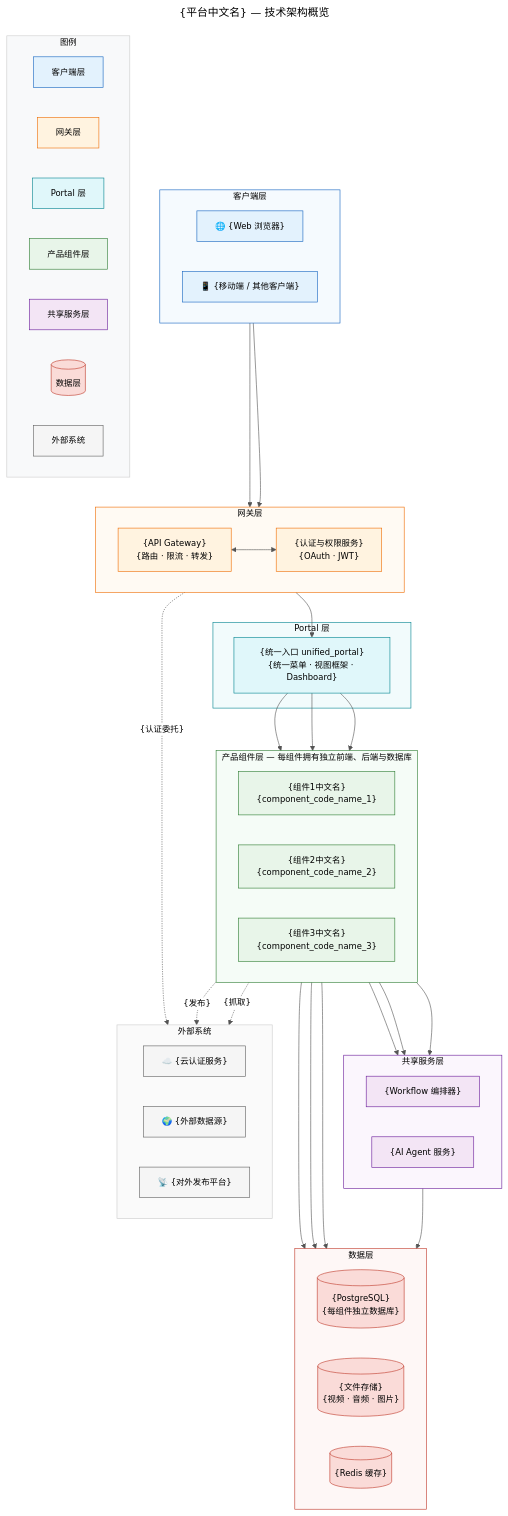
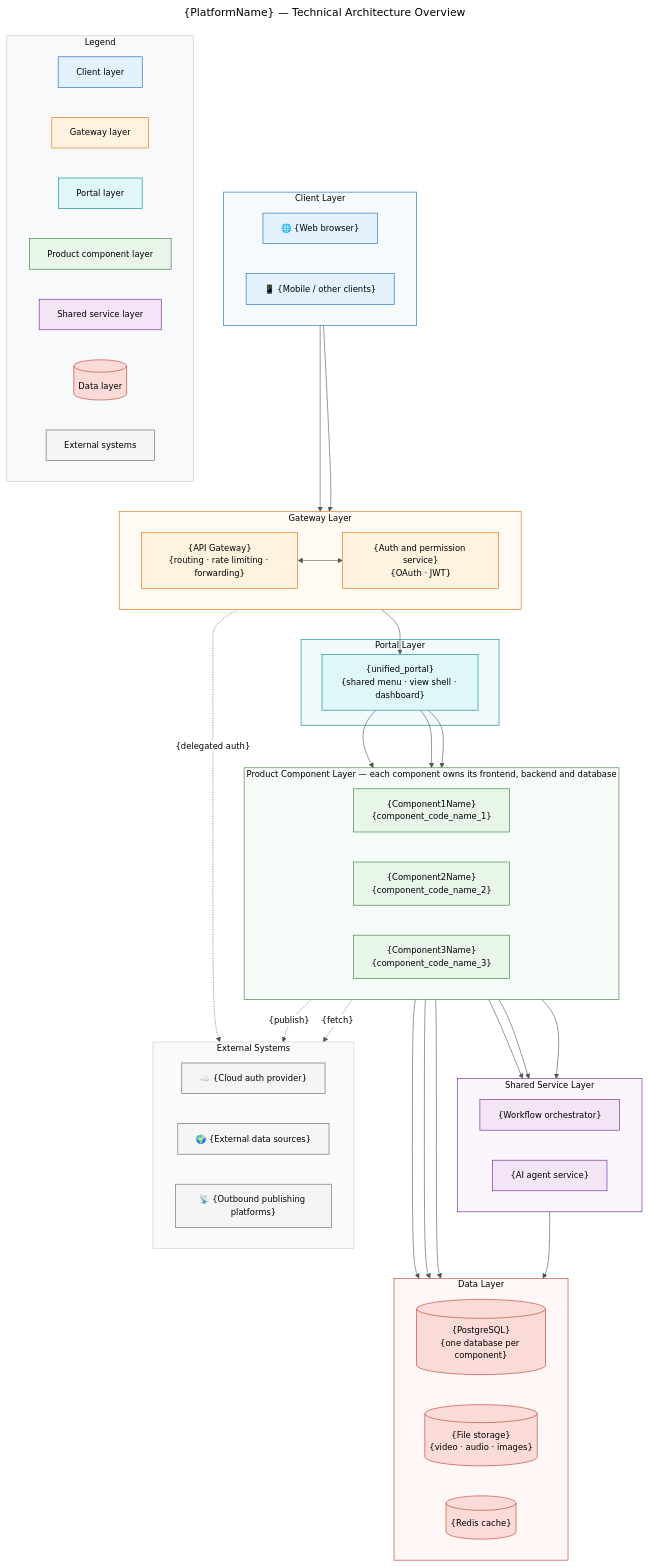
Before and after one commit to AliveverCom/ProjectTemplate_DesignDriven: the diagram in mermaid/_technical_architecture.mmd, drawn with Mermaid. The commit also changed 7 other files, not shown here.

First line of the commit message:
i18n: translate README and the mermaid template set to English

```diff
--- a/mermaid/_technical_architecture.mmd
+++ b/mermaid/_technical_architecture.mmd
@@ -1,135 +1,137 @@
 ---
-title: "{平台中文名} — 技术架构概览"
+title: "{PlatformName} — Technical Architecture Overview"
 ---
-%% ===== 模板说明（使用时整块删除）=====
-%% 图表用途：技术架构图。按「架构分层」分组着色，展示各层组成与调用方向。
-%% 存放目录：docs/（平台级图表，不带组件前缀）
-%% 文件命名：technical_architecture.mmd；PNG 与 .mmd 同名同目录。
-%% 渲染命令：mmdc -i technical_architecture.mmd -o technical_architecture.png -b white -s 3
-%% 引用位置：technical_overview.md §1.1 架构概览图
-%% 样式规范：见 templates/mermaid/mmd_style_guide.md
-%%           ① 白色画布 ② 方框按所属层归类着浅色 ③ 全部文字为黑色
-%% 注意事项：YAML front-matter（--- title ---）必须位于文件最开头，其前不得有任何内容。
-%% 使用提示：所有 {花括号} 占位符必须替换；组件层节点按实际组件数量增删，
-%%           但每个节点必须保留 :::xxxCls 归类。
-%% ======================================
+%% ===== TEMPLATE NOTES (delete this whole block when using) =====
+%% Purpose:    Technical architecture diagram. Nodes are grouped and coloured by ARCHITECTURE LAYER,
+%%             showing what each layer contains and the direction of calls between layers.
+%% Location:   docs/ (platform-level diagram, no component prefix)
+%% File name:  technical_architecture.mmd; the PNG shares its name and directory.
+%% Render:     mmdc -i technical_architecture.mmd -o technical_architecture.png -b white -s 3
+%% Referenced: technical_overview.md §1.1 Architecture Overview
+%% Style spec: see templates/mermaid/mmd_style_guide.md
+%%             (1) white canvas  (2) boxes coloured by layer with light fills  (3) all text black
+%% Caution:    The YAML front matter (--- title ---) MUST be the very first thing in the file;
+%%             nothing may precede it.
+%% Usage:      Replace every {curly brace} placeholder. Add or remove component-layer nodes to match
+%%             the real component count, but every node must keep its :::xxxCls classification.
+%% ===============================================================
 %%{init: {
   "theme": "base",
   "themeVariables": {
     "background": "#FFFFFF",
     "primaryColor": "#E3F2FD",
     "primaryTextColor": "#000000",
     "primaryBorderColor": "#1565C0",
     "secondaryColor": "#E8F5E9",
     "tertiaryColor": "#FFF9C4",
     "lineColor": "#555555",
     "textColor": "#000000",
     "titleColor": "#000000",
     "clusterBkg": "#FAFAFA",
     "clusterBorder": "#CCCCCC",
     "edgeLabelBackground": "#FFFFFF",
     "fontFamily": "Arial, sans-serif",
     "fontSize": "14px"
   }
 }}%%
 graph TB
 
-    %% ========== 分类样式定义（每层一个浅色系背景，文字一律黑色）==========
+    %% ========== Category styles (one light fill per layer; text is always black) ==========
     classDef clientCls    fill:#E3F2FD,stroke:#1565C0,color:#000000
     classDef gatewayCls   fill:#FFF3E0,stroke:#EF6C00,color:#000000
     classDef portalCls    fill:#E0F7FA,stroke:#00838F,color:#000000
     classDef componentCls fill:#E8F5E9,stroke:#2E7D32,color:#000000
     classDef serviceCls   fill:#F3E5F5,stroke:#6A1B9A,color:#000000
     classDef dataCls      fill:#FADBD8,stroke:#C0392B,color:#000000
     classDef externalCls  fill:#F5F5F5,stroke:#616161,color:#000000
 
-    %% ========== 客户端层 ==========
-    subgraph client_layer["客户端层"]
+    %% ========== Client layer ==========
+    subgraph client_layer["Client Layer"]
         direction LR
-        CL1["🌐 {Web 浏览器}"]:::clientCls
-        CL2["📱 {移动端 / 其他客户端}"]:::clientCls
+        CL1["🌐 {Web browser}"]:::clientCls
+        CL2["📱 {Mobile / other clients}"]:::clientCls
     end
 
-    %% ========== 网关层 ==========
-    subgraph gateway_layer["网关层"]
+    %% ========== Gateway layer ==========
+    subgraph gateway_layer["Gateway Layer"]
         direction LR
-        GW1["{API Gateway}<br/>{路由 · 限流 · 转发}"]:::gatewayCls
-        GW2["{认证与权限服务}<br/>{OAuth · JWT}"]:::gatewayCls
+        GW1["{API Gateway}<br/>{routing · rate limiting · forwarding}"]:::gatewayCls
+        GW2["{Auth and permission service}<br/>{OAuth · JWT}"]:::gatewayCls
         GW1 <--> GW2
     end
 
-    %% ========== Portal 层 ==========
-    subgraph portal_layer["Portal 层"]
-        PT1["{统一入口 unified_portal}<br/>{统一菜单 · 视图框架 · Dashboard}"]:::portalCls
+    %% ========== Portal layer ==========
+    subgraph portal_layer["Portal Layer"]
+        PT1["{unified_portal}<br/>{shared menu · view shell · dashboard}"]:::portalCls
     end
 
-    %% ========== 产品组件层 ==========
-    subgraph comp_layer["产品组件层 — 每组件拥有独立前端、后端与数据库"]
+    %% ========== Product component layer ==========
+    subgraph comp_layer["Product Component Layer — each component owns its frontend, backend and database"]
         direction LR
-        CP1["{组件1中文名}<br/>{component_code_name_1}"]:::componentCls
-        CP2["{组件2中文名}<br/>{component_code_name_2}"]:::componentCls
-        CP3["{组件3中文名}<br/>{component_code_name_3}"]:::componentCls
+        CP1["{Component1Name}<br/>{component_code_name_1}"]:::componentCls
+        CP2["{Component2Name}<br/>{component_code_name_2}"]:::componentCls
+        CP3["{Component3Name}<br/>{component_code_name_3}"]:::componentCls
     end
 
-    %% ========== 共享服务层 ==========
-    subgraph service_layer["共享服务层"]
+    %% ========== Shared service layer ==========
+    subgraph service_layer["Shared Service Layer"]
         direction LR
-        SV1["{Workflow 编排器}"]:::serviceCls
-        SV2["{AI Agent 服务}"]:::serviceCls
+        SV1["{Workflow orchestrator}"]:::serviceCls
+        SV2["{AI agent service}"]:::serviceCls
     end
 
-    %% ========== 数据层 ==========
-    subgraph data_layer["数据层"]
+    %% ========== Data layer ==========
+    subgraph data_layer["Data Layer"]
         direction LR
-        DB1[("{PostgreSQL}<br/>{每组件独立数据库}")]:::dataCls
-        DB2[("{文件存储}<br/>{视频 · 音频 · 图片}")]:::dataCls
-        DB3[("{Redis 缓存}")]:::dataCls
+        DB1[("{PostgreSQL}<br/>{one database per component}")]:::dataCls
+        DB2[("{File storage}<br/>{video · audio · images}")]:::dataCls
+        DB3[("{Redis cache}")]:::dataCls
     end
 
-    %% ========== 外部系统 ==========
-    subgraph ext_layer["外部系统"]
+    %% ========== External systems ==========
+    subgraph ext_layer["External Systems"]
         direction LR
-        EX1["☁️ {云认证服务}"]:::externalCls
-        EX2["🌍 {外部数据源}"]:::externalCls
-        EX3["📡 {对外发布平台}"]:::externalCls
+        EX1["☁️ {Cloud auth provider}"]:::externalCls
+        EX2["🌍 {External data sources}"]:::externalCls
+        EX3["📡 {Outbound publishing platforms}"]:::externalCls
     end
 
-    %% ========== 图例 ==========
-    subgraph legend["图例"]
+    %% ========== Legend ==========
+    subgraph legend["Legend"]
         direction LR
-        LG1["客户端层"]:::clientCls
-        LG2["网关层"]:::gatewayCls
-        LG3["Portal 层"]:::portalCls
-        LG4["产品组件层"]:::componentCls
-        LG5["共享服务层"]:::serviceCls
-        LG6[("数据层")]:::dataCls
-        LG7["外部系统"]:::externalCls
+        LG1["Client layer"]:::clientCls
+        LG2["Gateway layer"]:::gatewayCls
+        LG3["Portal layer"]:::portalCls
+        LG4["Product component layer"]:::componentCls
+        LG5["Shared service layer"]:::serviceCls
+        LG6[("Data layer")]:::dataCls
+        LG7["External systems"]:::externalCls
     end
 
-    %% ========== 层间调用关系 ==========
+    %% ========== Calls between layers ==========
     CL1 --> GW1
     CL2 --> GW1
     GW1 --> PT1
     PT1 --> CP1
     PT1 --> CP2
     PT1 --> CP3
     CP1 --> SV1
     CP2 --> SV1
     CP3 --> SV2
     CP1 --> DB1
     CP2 --> DB1
     CP3 --> DB2
     SV1 --> DB3
-    GW2 -.->|"{认证委托}"| EX1
-    CP2 -.->|"{抓取}"| EX2
-    CP3 -.->|"{发布}"| EX3
+    GW2 -.->|"{delegated auth}"| EX1
+    CP2 -.->|"{fetch}"| EX2
+    CP3 -.->|"{publish}"| EX3
 
-    %% ========== 容器底色（必须比节点更浅，且显式声明黑色文字）==========
+    %% ========== Container fills (lighter than the nodes; black text declared explicitly) ==========
     style client_layer  fill:#F5FAFE,stroke:#1565C0,color:#000
     style gateway_layer fill:#FFFAF3,stroke:#EF6C00,color:#000
     style portal_layer  fill:#F2FBFC,stroke:#00838F,color:#000
     style comp_layer    fill:#F5FCF7,stroke:#2E7D32,color:#000
     style service_layer fill:#FBF6FD,stroke:#6A1B9A,color:#000
     style data_layer    fill:#FEF7F6,stroke:#C0392B,color:#000
     style ext_layer     fill:#FAFAFA,stroke:#CCCCCC,color:#000
     style legend        fill:#F8F9FA,stroke:#CCCCCC,color:#000
```
